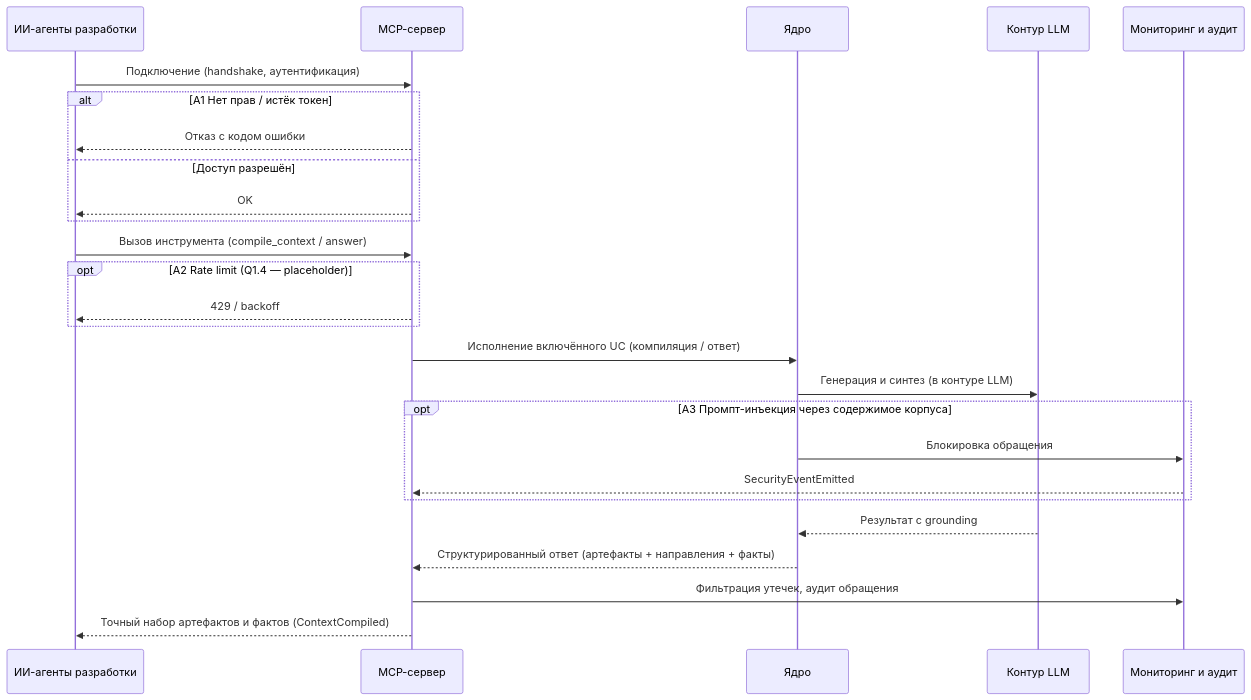
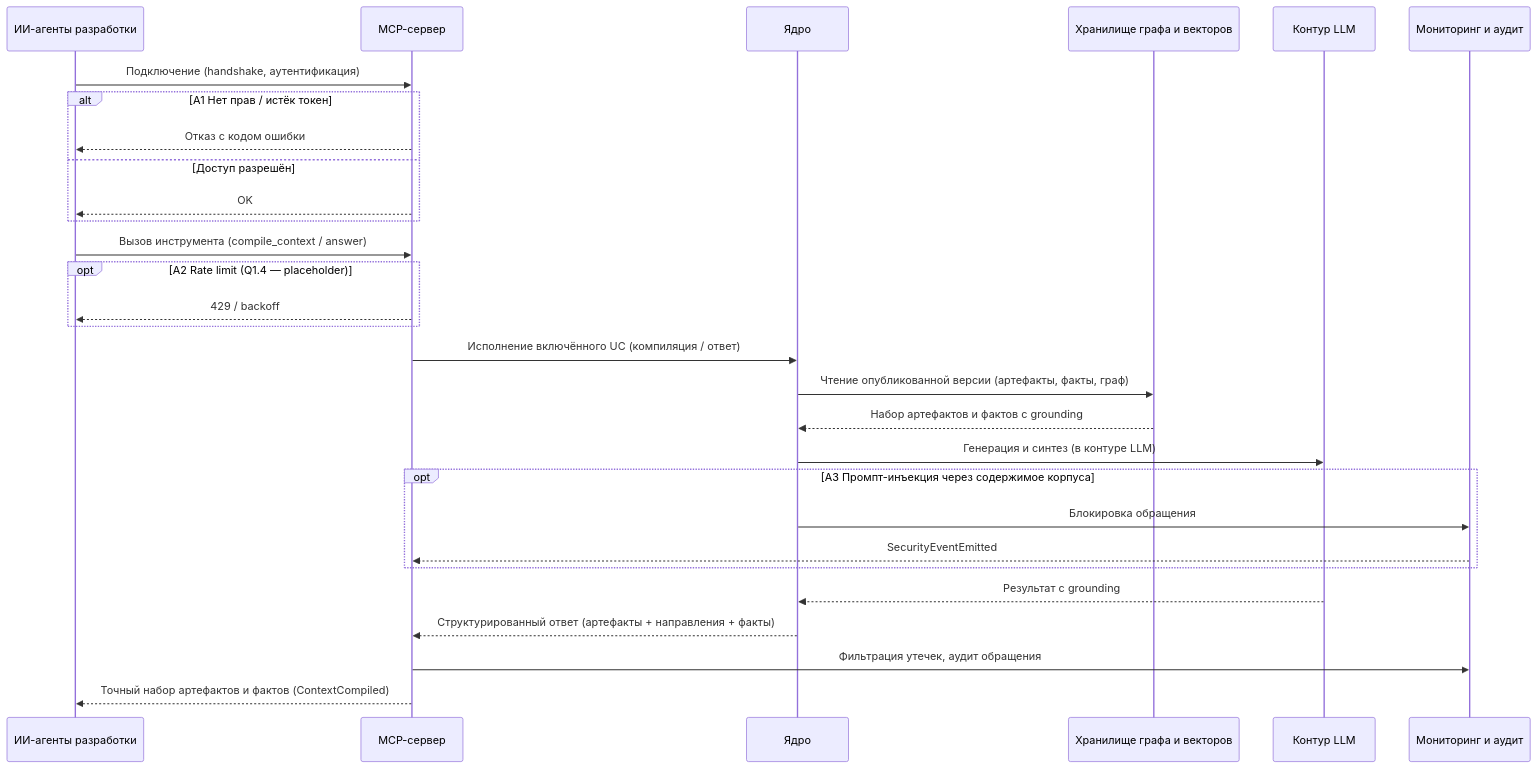
The diagram in specs/use-cases/UC-mcp.compile.context.md (n-marusov/graphrag), drawn with Mermaid before and after one commit. The commit also changed other lines of this file and 5 other files, not shown here.

First line of the commit message:
docs(use-cases): add storage container to UC diagrams

````diff
--- a/specs/use-cases/UC-mcp.compile.context.md
+++ b/specs/use-cases/UC-mcp.compile.context.md
@@ -15,41 +15,44 @@
 ```mermaid
 sequenceDiagram
     participant Agent as ИИ-агенты разработки
     participant MCP as MCP-сервер
     participant Core as Ядро
+    participant Store as Хранилище графа и векторов
     participant LLM as Контур LLM
     participant Audit as Мониторинг и аудит
 
     %% --- 1. Подключение ---
     Agent->>MCP: Подключение (handshake, аутентификация)
     alt A1 Нет прав / истёк токен
         MCP-->>Agent: Отказ с кодом ошибки
     else Доступ разрешён
         MCP-->>Agent: OK
     end
 
     %% --- 2. Вызов инструмента ---
     Agent->>MCP: Вызов инструмента (compile_context / answer)
 
     opt A2 Rate limit (Q1.4 — placeholder)
         MCP-->>Agent: 429 / backoff
     end
 
     %% --- 3. Исполнение включённого UC ---
     MCP->>Core: Исполнение включённого UC (компиляция / ответ)
+    Core->>Store: Чтение опубликованной версии (артефакты, факты, граф)
+    Store-->>Core: Набор артефактов и фактов с grounding
     Core->>LLM: Генерация и синтез (в контуре LLM)
 
     opt A3 Промпт-инъекция через содержимое корпуса
         Core->>Audit: Блокировка обращения
         Audit-->>MCP: SecurityEventEmitted
     end
 
     LLM-->>Core: Результат с grounding
 
     %% --- 4. Сериализация и аудит ---
     Core-->>MCP: Структурированный ответ (артефакты + направления + факты)
     MCP->>Audit: Фильтрация утечек, аудит обращения
 
     %% --- 5. Ответ агенту ---
     MCP-->>Agent: Точный набор артефактов и фактов (ContextCompiled)
 ```
````
